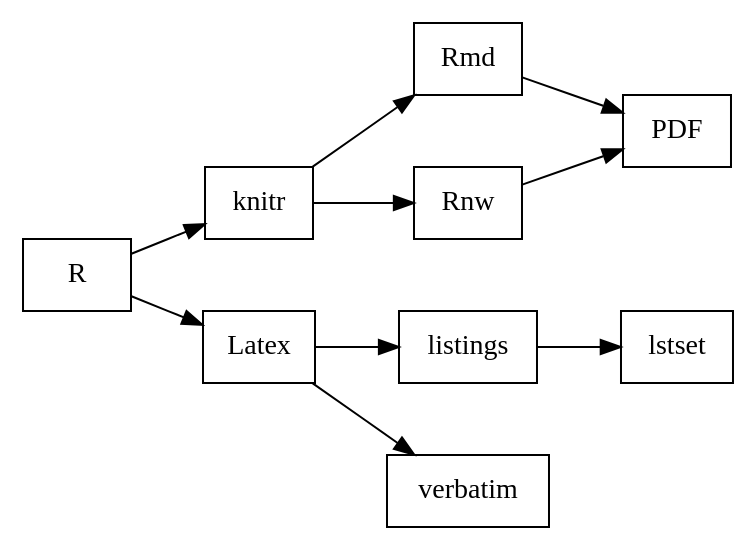
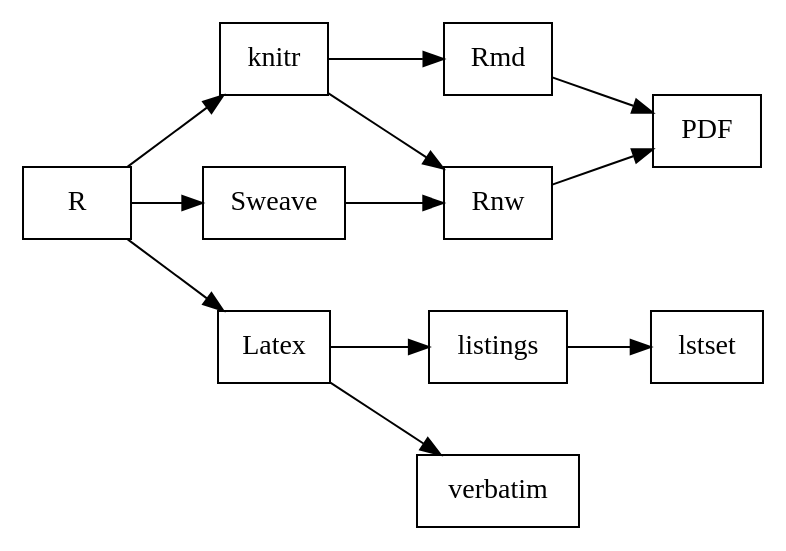
One commit to bwtian/learnRviaCode changed the diagram in R/R2Tex.org. Above: the diagram before and after it, drawn with Graphviz. The commit also changed other lines of this file and 1 other file, not shown here.

```diff
--- a/R/R2Tex.org
+++ b/R/R2Tex.org
@@ -4,20 +4,21 @@
 #+BEGIN_SRC dot :file ./r2tex.svg
 digraph {
 rankdir=LR;
 fontname="Times";
 fontsize = 12;
 splines = false;
 ranksep = 0.5;
 nodesep = 0.5;
 node [shape = box]
 //1. set node
 R [label = "R"]
 
 //2. set path
 R -> knitr -> Rmd -> PDF
 knitr -> Rnw -> PDF
+R -> Sweave -> Rnw
 R -> Latex -> listings -> lstset
 Latex -> verbatim
 //3. set rank
 }
 #+END_SRC
```
